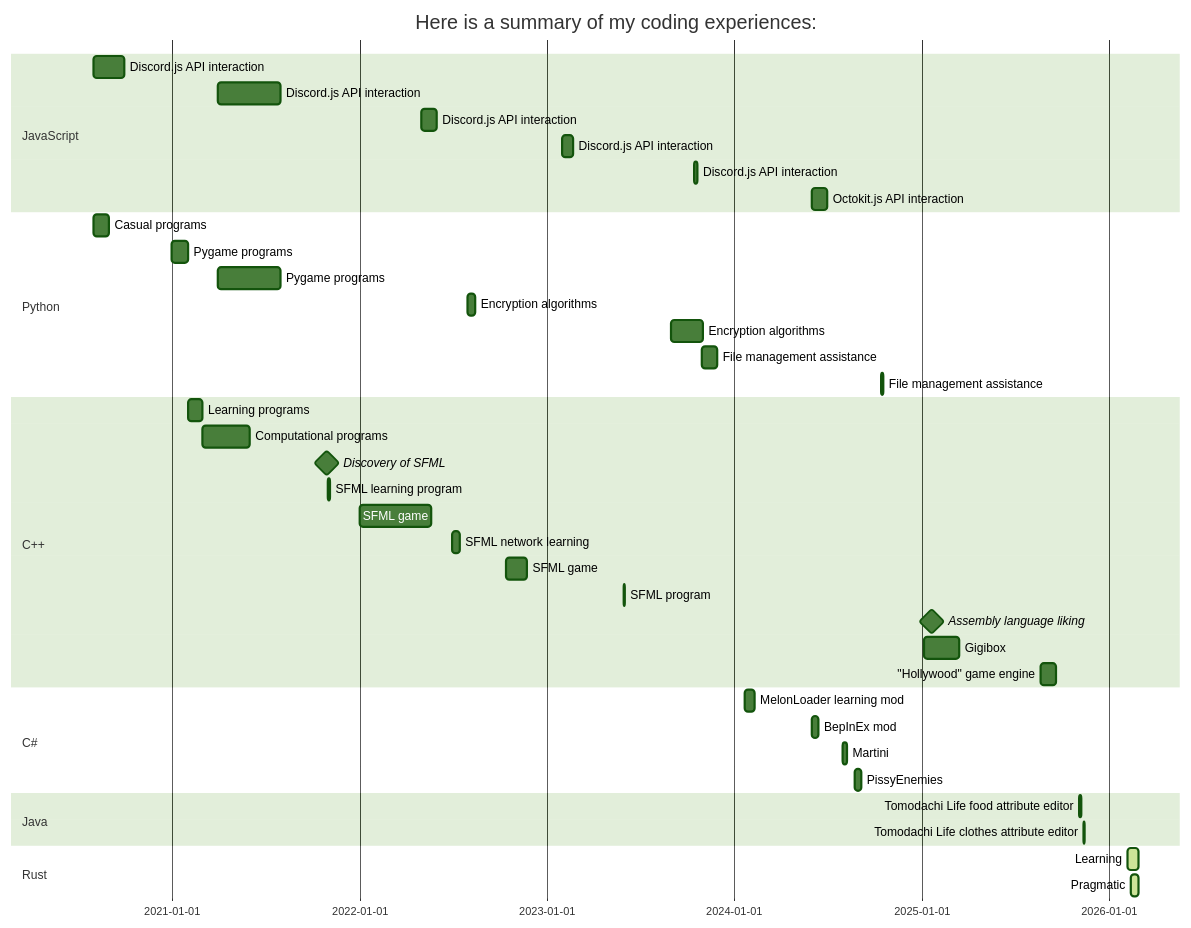
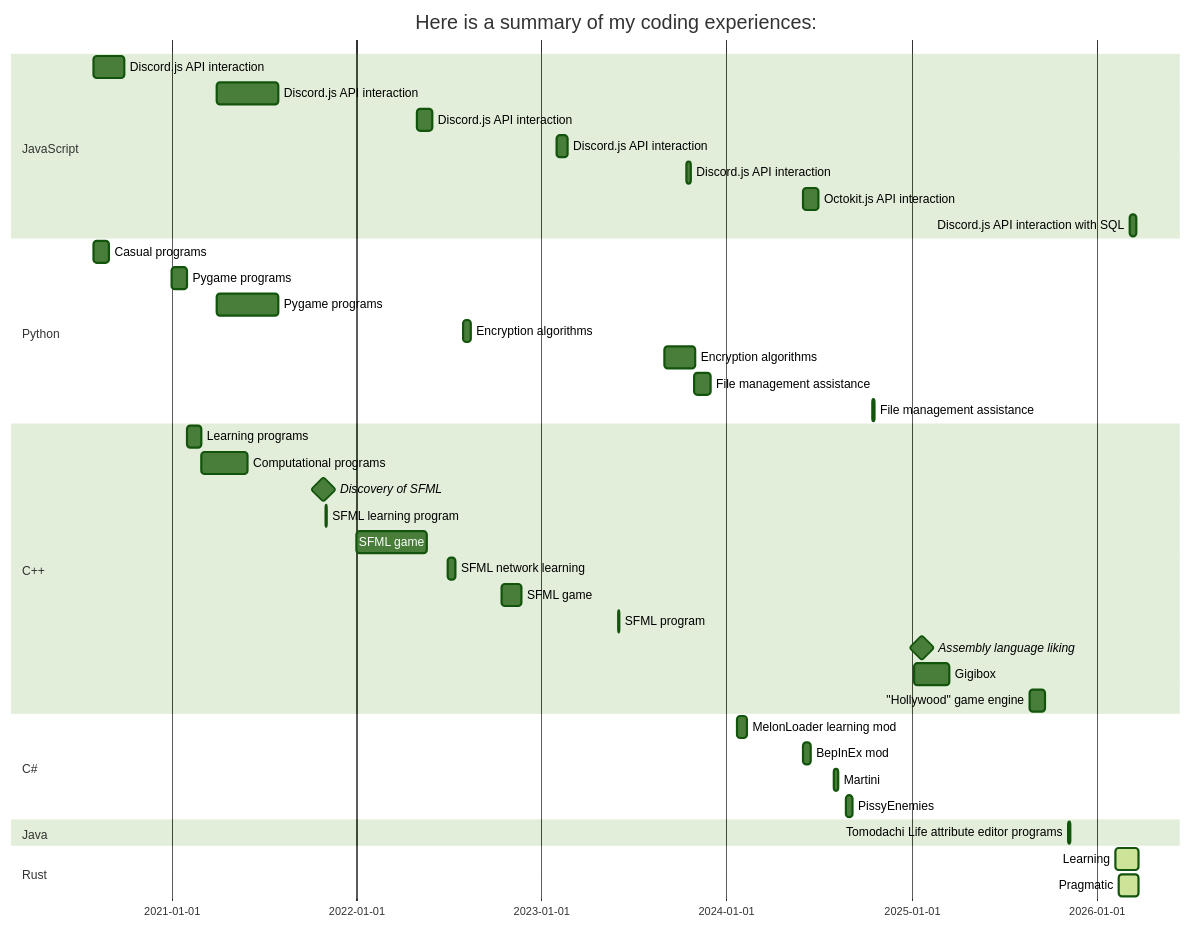
Before and after one commit to Simonciott/Simonciott: the diagram in README.md, drawn with Mermaid (forest theme). The commit also changed other lines of this file, not shown here.

````diff
--- a/README.md
+++ b/README.md
@@ -3,43 +3,43 @@
 ```mermaid
 gantt
     title Here is a summary of my coding experiences:
     dateFormat YYYY-MM-DD
     section JavaScript
         Discord.js API interaction: jsd1, 2020-08, 2M
         Discord.js API interaction: jsd2, 2021-04, 4M
         Discord.js API interaction: jsd3, 2022-05, 1M
         Discord.js API interaction: jsd4, 2023-02, 3w
         Discord.js API interaction: jsd5, 2023-10-15, 1w
         Octokit.js API interaction: ok1, 2024-06-01, 1M
+        Discord.js API interaction with SQL: jsd6, 2026-03-07, 2026-03-19
     section Python
         Casual programs: 2020-08, 1M
         Pygame programs: pg1, 2021-01, until clp
         Pygame programs: pg2, 2021-04, 4M
         Encryption algorithms: pea1, 2022-08, 2w
         Encryption algorithms: pea2, 2023-09, 2M
         File management assistance: fma1, 2023-10-30, 1M
         File management assistance: fma2, 2024-10-15, 4d
     section C++
         Learning programs: clp, 2021-02, 1M
         Computational programs: cp, after clp, 3M
         Discovery of SFML: milestone, sfml, 2021-10-29, 0d
         SFML learning program: 2021-11-01, 3d
         SFML game: sfmlg1, 2022-01, 20w
         SFML network learning: 2022-07, 2w
         SFML game: sfmlg2, 2022-10-15, 40d
         SFML program: 2023-06, 2d
         Assembly language liking: milestone, 2025-01-20, 0d
         Gigibox: 2025-01-06, 2025-03-15
         "Hollywood" game engine: 2025-08-21, 2025-09-21
     section C#
         MelonLoader learning mod: 2024-01-23, 2024-02-10
         BepInEx mod: 2024-06, 2w
         Martini: 2024-08-01, 2024-08-09
         PissyEnemies: 2024-08-24, 2024-09-06
     section Java
-        Tomodachi Life food attribute editor: 2025-11-05, 3d
-        Tomodachi Life clothes attribute editor: 2025-11-13, 1d
+        Tomodachi Life attribute editor programs: 2025-11-05, 5d
     section Rust
-        Learning: active, 2026-02-06, 2026-02-28
-        Pragmatic: active, 2026-02-13, 2026-02-28
+        Learning: active, 2026-02-06, 2026-03-24
+        Pragmatic: active, 2026-02-13, 2026-03-24
 ```
````
